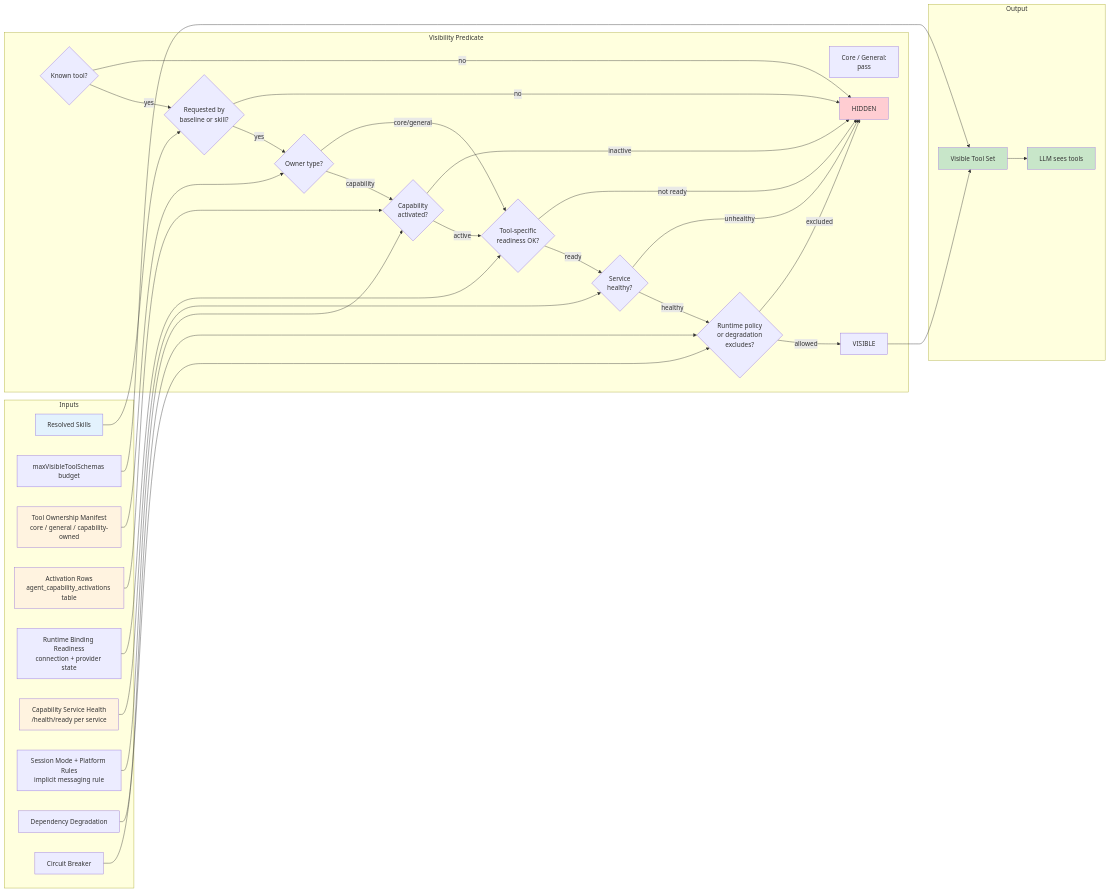
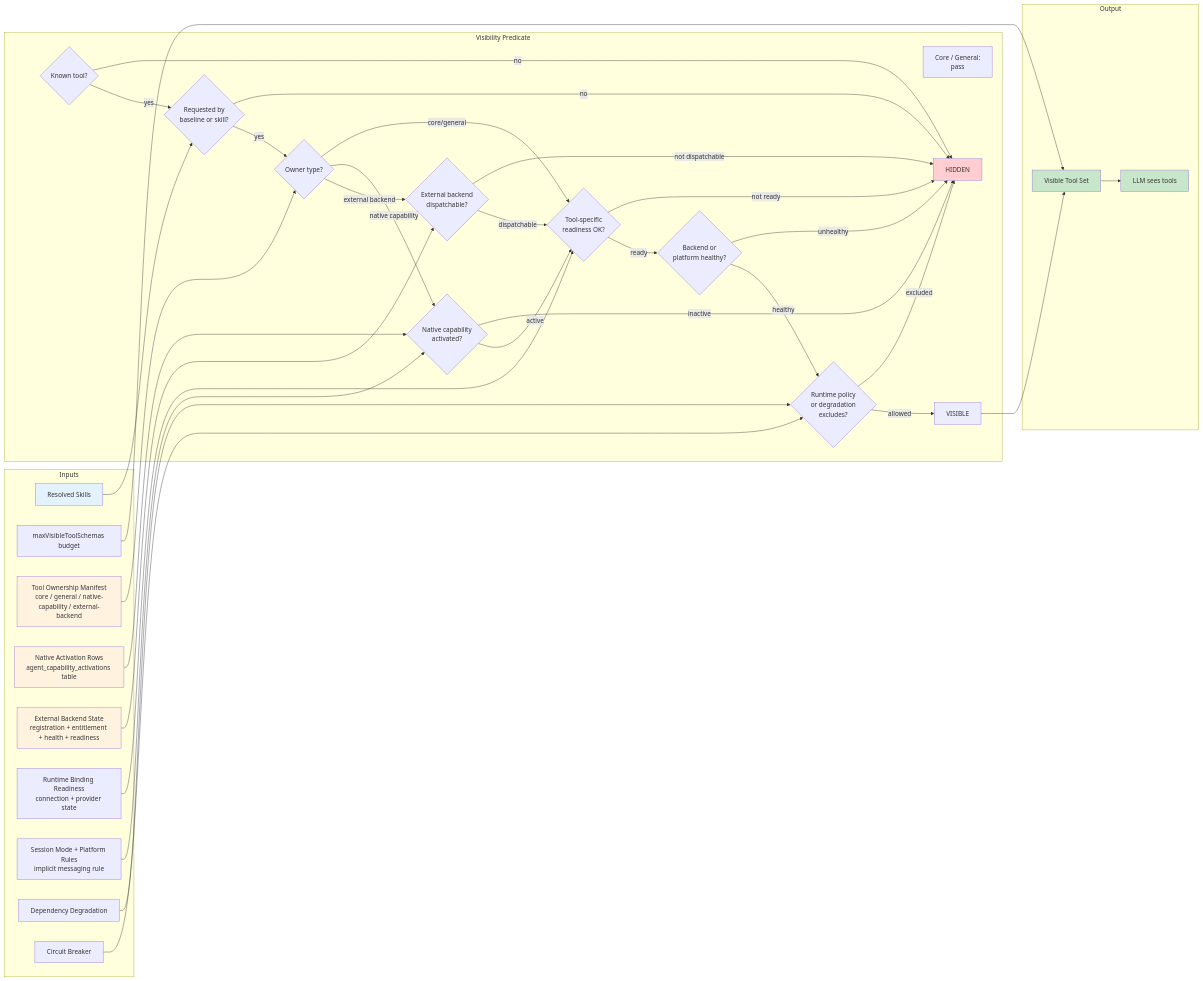
One commit to poshjosh/herobids changed the second of 2 diagrams in docs/features/pending/000-capability-foundations/diagrams/tool-visibility-flow.md. Above: the diagram before and after it, drawn with Mermaid. The commit also changed other lines of this file and 10 other files, not shown here.

````diff
--- a/docs/features/pending/000-capability-foundations/diagrams/tool-visibility-flow.md
+++ b/docs/features/pending/000-capability-foundations/diagrams/tool-visibility-flow.md
@@ -57,68 +57,72 @@
 ```mermaid
 flowchart LR
   subgraph Inputs
     skills[Resolved Skills]
     budget[maxVisibleToolSchemas budget]
-    ownership[Tool Ownership Manifest<br/>core / general / capability-owned]
-    activation[Activation Rows<br/>agent_capability_activations table]
+    ownership[Tool Ownership Manifest<br/>core / general / native-capability / external-backend]
+    activation[Native Activation Rows<br/>agent_capability_activations table]
+    backend_state[External Backend State<br/>registration + entitlement + health + readiness]
     readiness[Runtime Binding Readiness<br/>connection + provider state]
-    health[Capability Service Health<br/>/health/ready per service]
     session[Session Mode + Platform Rules<br/>implicit messaging rule]
     degradation[Dependency Degradation]
     circuit[Circuit Breaker]
   end
 
   subgraph Visibility Predicate
     known{Known tool?}
     requested{Requested by<br/>baseline or skill?}
     owner_check{Owner type?}
     core_general[Core / General:<br/>pass]
-    cap_active{Capability<br/>activated?}
+    native_active{Native capability<br/>activated?}
+    backend_dispatch{External backend<br/>dispatchable?}
     readiness_check{Tool-specific<br/>readiness OK?}
-    health_check{Service<br/>healthy?}
+    health_check{Backend or<br/>platform healthy?}
     policy{Runtime policy<br/>or degradation<br/>excludes?}
     visible_yes[VISIBLE]
     visible_no[HIDDEN]
   end
 
   subgraph Output
     visible_set[Visible Tool Set]
     llm[LLM sees tools]
   end
 
   skills --> requested
   ownership --> owner_check
-  activation --> cap_active
+  activation --> native_active
+  backend_state --> backend_dispatch
   readiness --> readiness_check
-  health --> health_check
-  session --> cap_active
+  session --> native_active
   degradation --> policy
   circuit --> policy
 
   known -->|no| visible_no
   known -->|yes| requested
   requested -->|no| visible_no
   requested -->|yes| owner_check
   owner_check -->|core/general| readiness_check
-  owner_check -->|capability| cap_active
-  cap_active -->|inactive| visible_no
-  cap_active -->|active| readiness_check
+  owner_check -->|native capability| native_active
+  owner_check -->|external backend| backend_dispatch
+  native_active -->|inactive| visible_no
+  native_active -->|active| readiness_check
+  backend_dispatch -->|not dispatchable| visible_no
+  backend_dispatch -->|dispatchable| readiness_check
   readiness_check -->|not ready| visible_no
   readiness_check -->|ready| health_check
   health_check -->|unhealthy| visible_no
   health_check -->|healthy| policy
   policy -->|excluded| visible_no
   policy -->|allowed| visible_yes
 
   visible_yes --> visible_set
   budget --> visible_set
   visible_set --> llm
 
   style skills fill:#e3f2fd
   style ownership fill:#fff3e0
   style activation fill:#fff3e0
-  style health fill:#fff3e0
+  style backend_state fill:#fff3e0
   style visible_set fill:#c8e6c9
   style llm fill:#c8e6c9
   style visible_no fill:#ffcdd2
 ```
````
